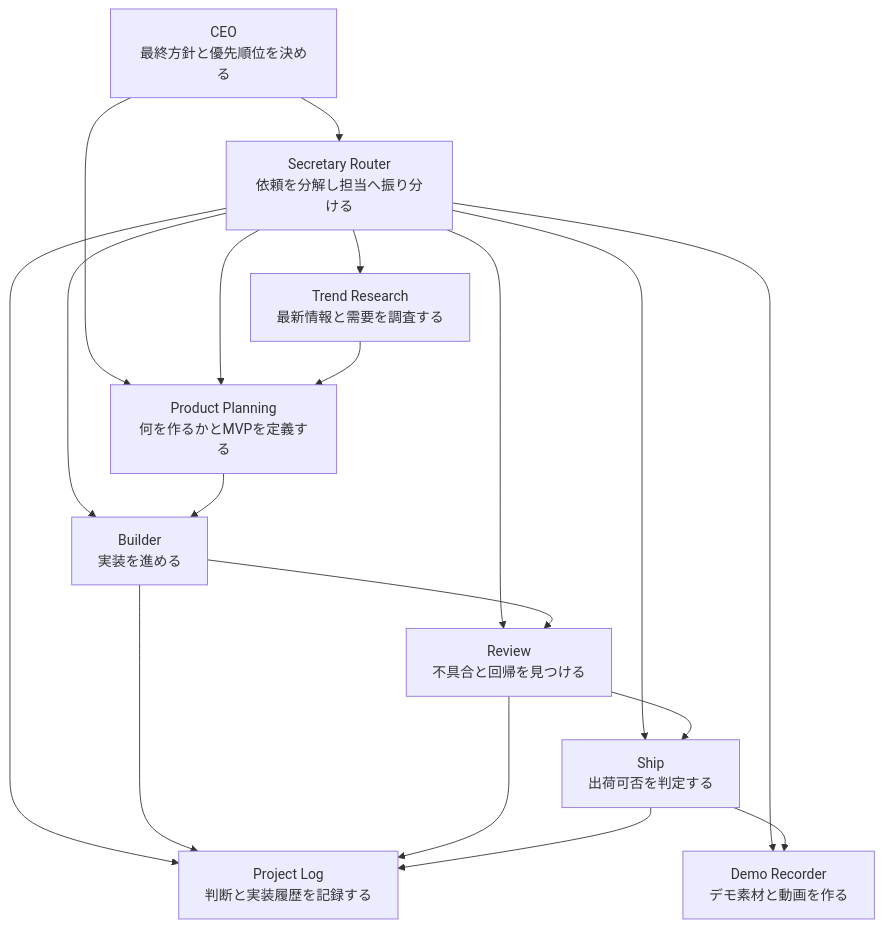
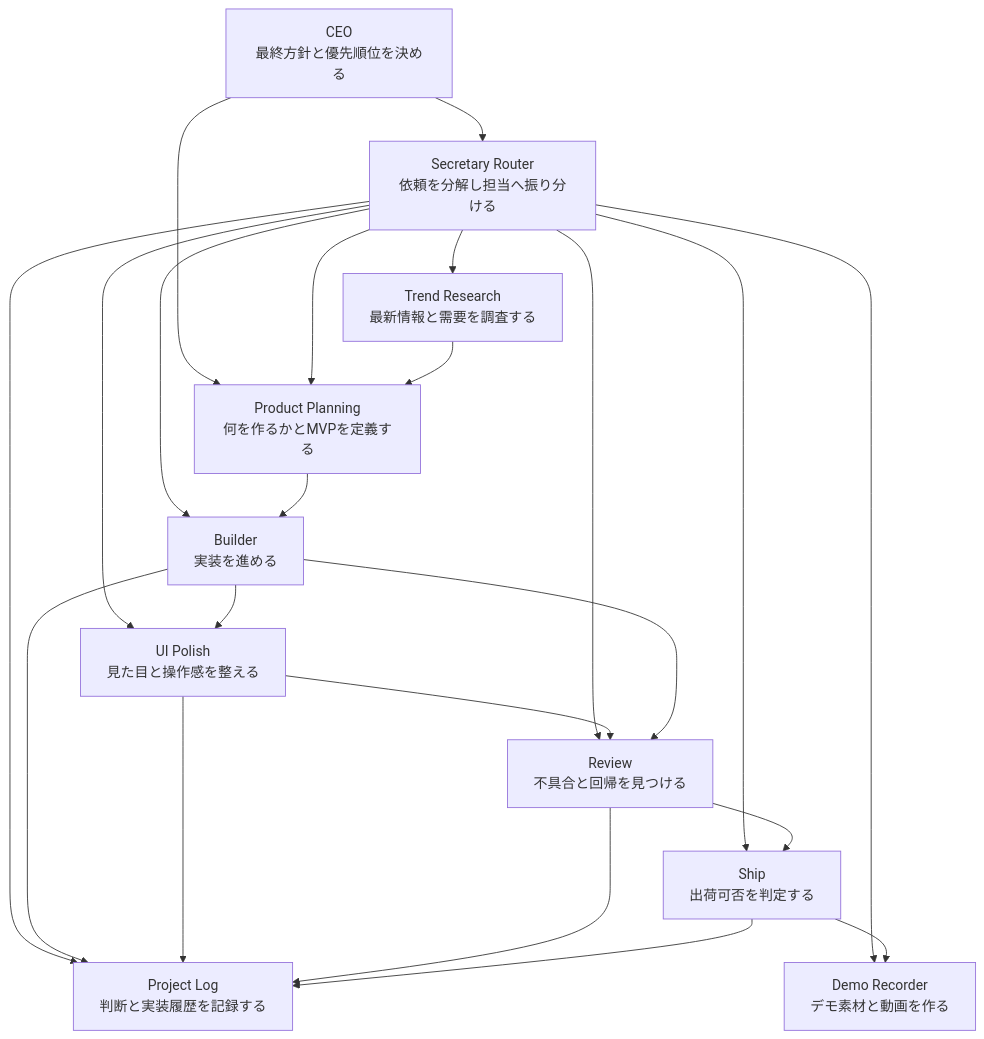
Before and after one commit to ryota-nakazawa/agent_company: the diagram in ORG_CHART.md, drawn with Mermaid. The commit also changed other lines of this file and 8 other files, not shown here.

````diff
--- a/ORG_CHART.md
+++ b/ORG_CHART.md
@@ -9,30 +9,35 @@
 ```mermaid
 flowchart TD
     CEO["CEO<br/>最終方針と優先順位を決める"]
     SR["Secretary Router<br/>依頼を分解し担当へ振り分ける"]
     TR["Trend Research<br/>最新情報と需要を調査する"]
     PP["Product Planning<br/>何を作るかとMVPを定義する"]
     BD["Builder<br/>実装を進める"]
+    UP["UI Polish<br/>見た目と操作感を整える"]
     RV["Review<br/>不具合と回帰を見つける"]
     SH["Ship<br/>出荷可否を判定する"]
     PL["Project Log<br/>判断と実装履歴を記録する"]
     DR["Demo Recorder<br/>デモ素材と動画を作る"]
 
     CEO --> SR
     CEO --> PP
     SR --> TR
     SR --> PP
     SR --> BD
+    SR --> UP
     SR --> RV
     SR --> SH
     SR --> PL
     SR --> DR
     TR --> PP
     PP --> BD
+    BD --> UP
+    UP --> RV
     BD --> RV
     RV --> SH
     BD --> PL
+    UP --> PL
     RV --> PL
     SH --> PL
     SH --> DR
 ```
````
